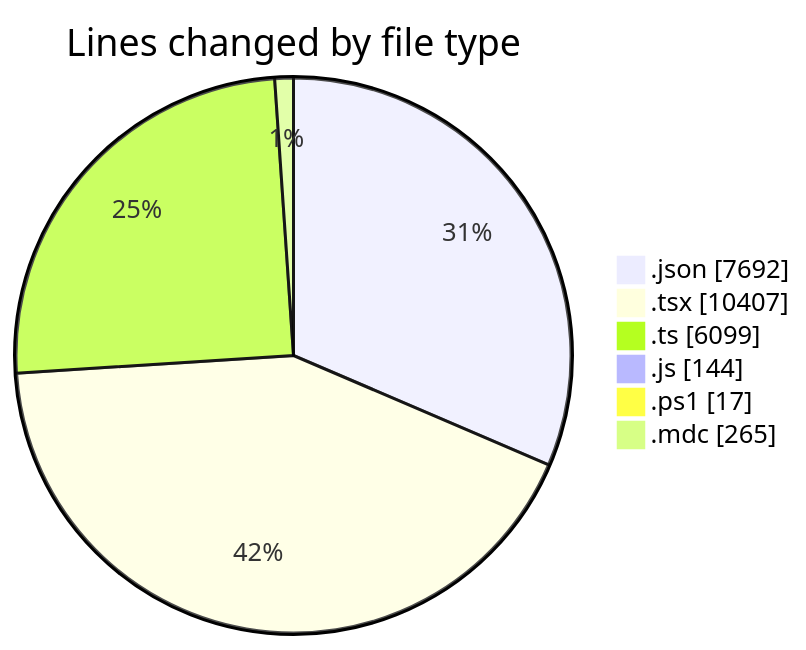
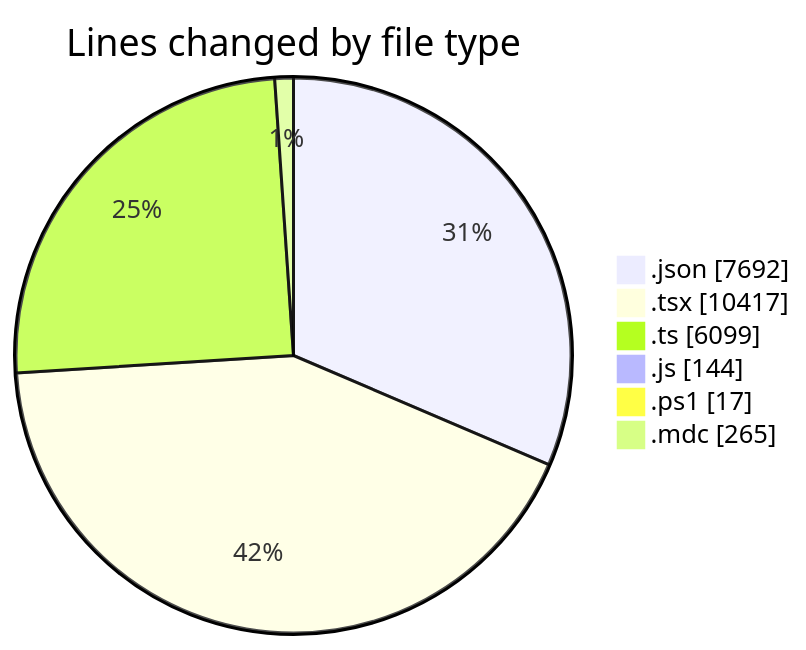
The first of 2 diagrams in 2025-06-10/ecodeli-1/README.md (CELIANVF/code-tracking), drawn with Mermaid before and after one commit. The commit also changed other lines of this file and 1 other file, not shown here.

````diff
--- a/2025-06-10/ecodeli-1/README.md
+++ b/2025-06-10/ecodeli-1/README.md
@@ -76,10 +76,10 @@
 ```mermaid
 pie showData
 title Lines changed by file type
 ".json" : 7692
-".tsx" : 10407
+".tsx" : 10417
 ".ts" : 6099
 ".js" : 144
 ".ps1" : 17
 ".mdc" : 265
 ```
````
